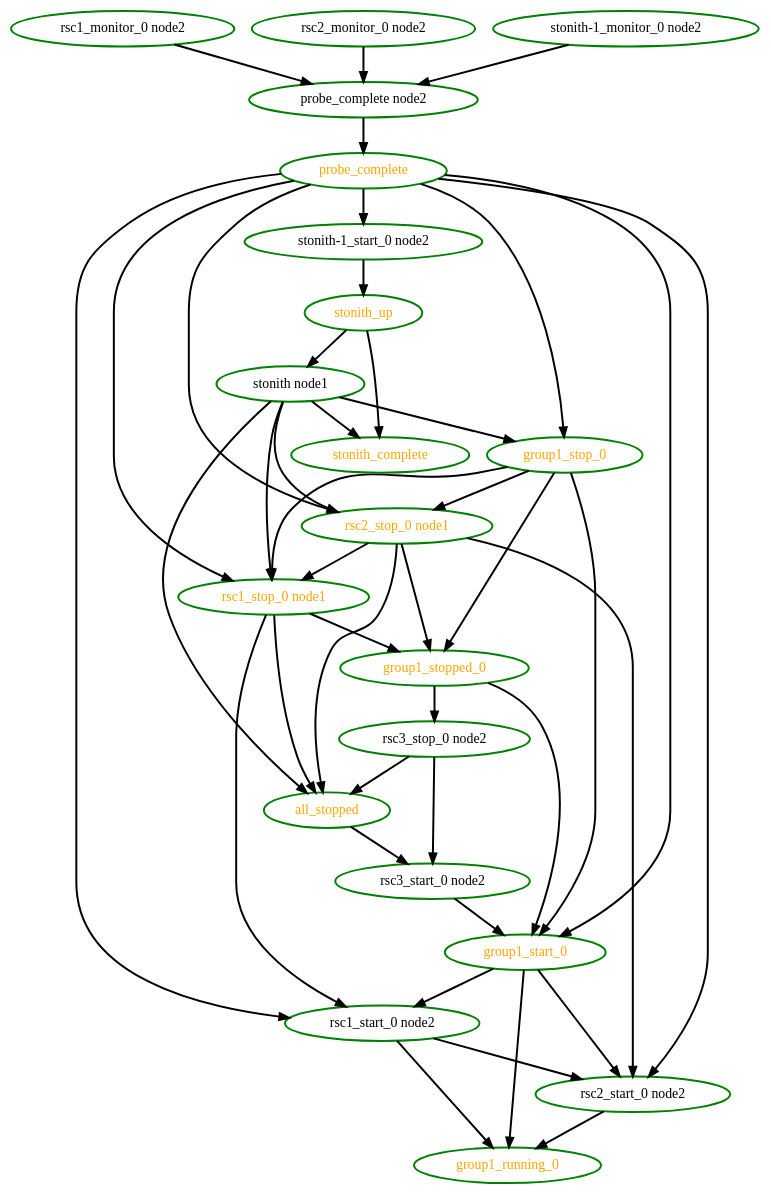
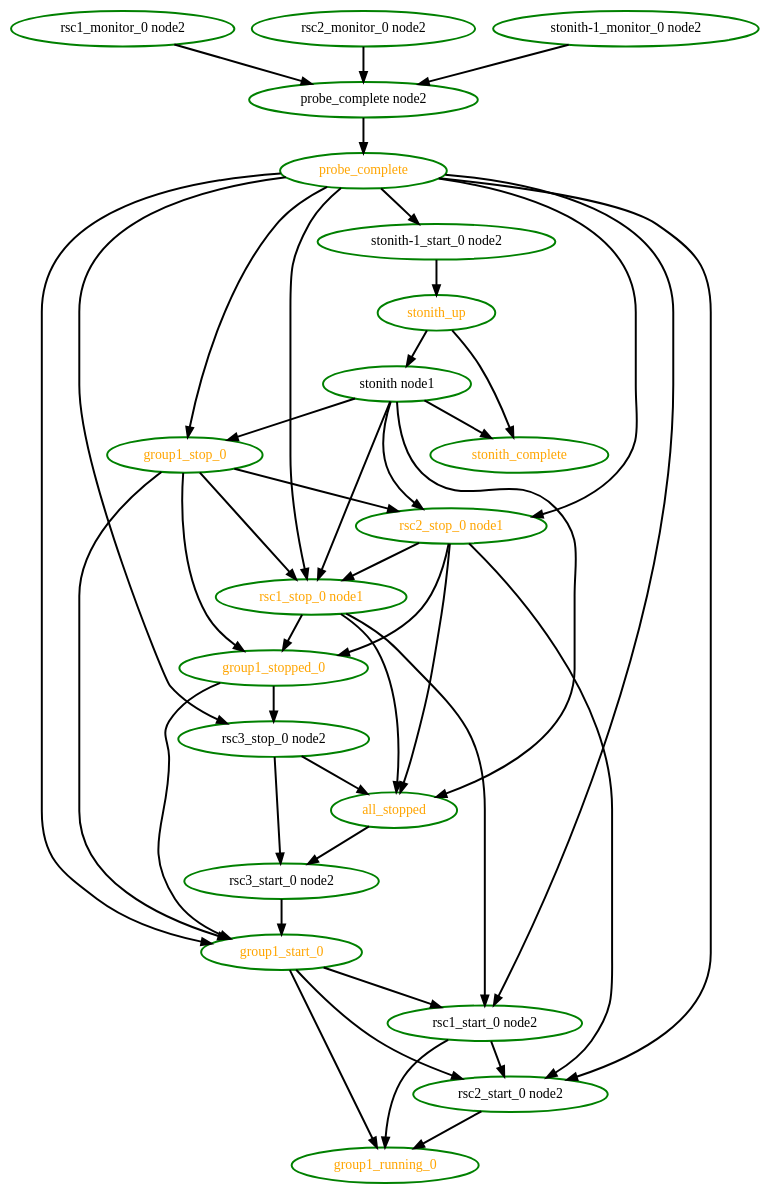
Before and after one commit to linux-ha-japan/pm_diskd: the diagram in pengine/test10/rec-node-11.dot, drawn with Graphviz. The commit also changed 22 other files, not shown here.

```diff
--- a/pengine/test10/rec-node-11.dot
+++ b/pengine/test10/rec-node-11.dot
@@ -1,64 +1,65 @@
  digraph "g" {
 "all_stopped" -> "rsc3_start_0 node2" [ style = bold]
 "all_stopped" [ style=bold color="green" fontcolor="orange"  ]
 "group1_running_0" [ style=bold color="green" fontcolor="orange" ]
 "group1_start_0" -> "group1_running_0" [ style = bold]
 "group1_start_0" -> "rsc1_start_0 node2" [ style = bold]
 "group1_start_0" -> "rsc2_start_0 node2" [ style = bold]
 "group1_start_0" [ style=bold color="green" fontcolor="orange" ]
 "group1_stop_0" -> "group1_start_0" [ style = bold]
 "group1_stop_0" -> "group1_stopped_0" [ style = bold]
 "group1_stop_0" -> "rsc1_stop_0 node1" [ style = bold]
 "group1_stop_0" -> "rsc2_stop_0 node1" [ style = bold]
 "group1_stop_0" [ style=bold color="green" fontcolor="orange" ]
 "group1_stopped_0" -> "group1_start_0" [ style = bold]
 "group1_stopped_0" -> "rsc3_stop_0 node2" [ style = bold]
 "group1_stopped_0" [ style=bold color="green" fontcolor="orange" ]
 "probe_complete node2" -> "probe_complete" [ style = bold]
 "probe_complete node2" [ style=bold color="green" fontcolor="black" ]
 "probe_complete" -> "group1_start_0" [ style = bold]
 "probe_complete" -> "group1_stop_0" [ style = bold]
 "probe_complete" -> "rsc1_start_0 node2" [ style = bold]
 "probe_complete" -> "rsc1_stop_0 node1" [ style = bold]
 "probe_complete" -> "rsc2_start_0 node2" [ style = bold]
 "probe_complete" -> "rsc2_stop_0 node1" [ style = bold]
+"probe_complete" -> "rsc3_stop_0 node2" [ style = bold]
 "probe_complete" -> "stonith-1_start_0 node2" [ style = bold]
 "probe_complete" [ style=bold color="green" fontcolor="orange" ]
 "rsc1_monitor_0 node2" -> "probe_complete node2" [ style = bold]
 "rsc1_monitor_0 node2" [ style=bold color="green" fontcolor="black" ]
 "rsc1_start_0 node2" -> "group1_running_0" [ style = bold]
 "rsc1_start_0 node2" -> "rsc2_start_0 node2" [ style = bold]
 "rsc1_start_0 node2" [ style=bold color="green" fontcolor="black" ]
 "rsc1_stop_0 node1" -> "all_stopped" [ style = bold]
 "rsc1_stop_0 node1" -> "group1_stopped_0" [ style = bold]
 "rsc1_stop_0 node1" -> "rsc1_start_0 node2" [ style = bold]
 "rsc1_stop_0 node1" [ style=bold color="green" fontcolor="orange" ]
 "rsc2_monitor_0 node2" -> "probe_complete node2" [ style = bold]
 "rsc2_monitor_0 node2" [ style=bold color="green" fontcolor="black" ]
 "rsc2_start_0 node2" -> "group1_running_0" [ style = bold]
 "rsc2_start_0 node2" [ style=bold color="green" fontcolor="black" ]
 "rsc2_stop_0 node1" -> "all_stopped" [ style = bold]
 "rsc2_stop_0 node1" -> "group1_stopped_0" [ style = bold]
 "rsc2_stop_0 node1" -> "rsc1_stop_0 node1" [ style = bold]
 "rsc2_stop_0 node1" -> "rsc2_start_0 node2" [ style = bold]
 "rsc2_stop_0 node1" [ style=bold color="green" fontcolor="orange" ]
 "rsc3_start_0 node2" -> "group1_start_0" [ style = bold]
 "rsc3_start_0 node2" [ style=bold color="green" fontcolor="black" ]
 "rsc3_stop_0 node2" -> "all_stopped" [ style = bold]
 "rsc3_stop_0 node2" -> "rsc3_start_0 node2" [ style = bold]
 "rsc3_stop_0 node2" [ style=bold color="green" fontcolor="black" ]
 "stonith node1" -> "all_stopped" [ style = bold]
 "stonith node1" -> "group1_stop_0" [ style = bold]
 "stonith node1" -> "rsc1_stop_0 node1" [ style = bold]
 "stonith node1" -> "rsc2_stop_0 node1" [ style = bold]
 "stonith node1" -> "stonith_complete" [ style = bold]
 "stonith node1" [ style=bold color="green" fontcolor="black" ]
 "stonith-1_monitor_0 node2" -> "probe_complete node2" [ style = bold]
 "stonith-1_monitor_0 node2" [ style=bold color="green" fontcolor="black"  ]
 "stonith-1_start_0 node2" -> "stonith_up" [ style = bold]
 "stonith-1_start_0 node2" [ style=bold color="green" fontcolor="black"  ]
 "stonith_complete" [ style=bold color="green" fontcolor="orange"  ]
 "stonith_up" -> "stonith node1" [ style = bold]
 "stonith_up" -> "stonith_complete" [ style = bold]
 "stonith_up" [ style=bold color="green" fontcolor="orange"  ]
 }
```
